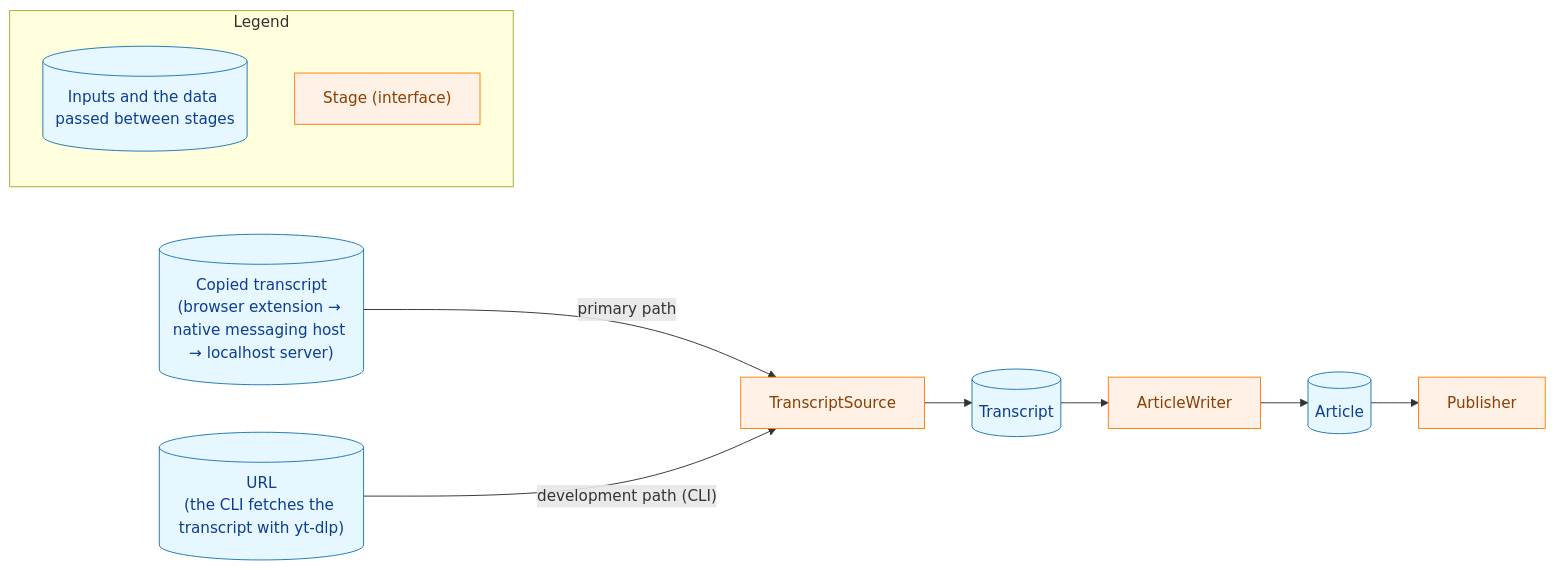
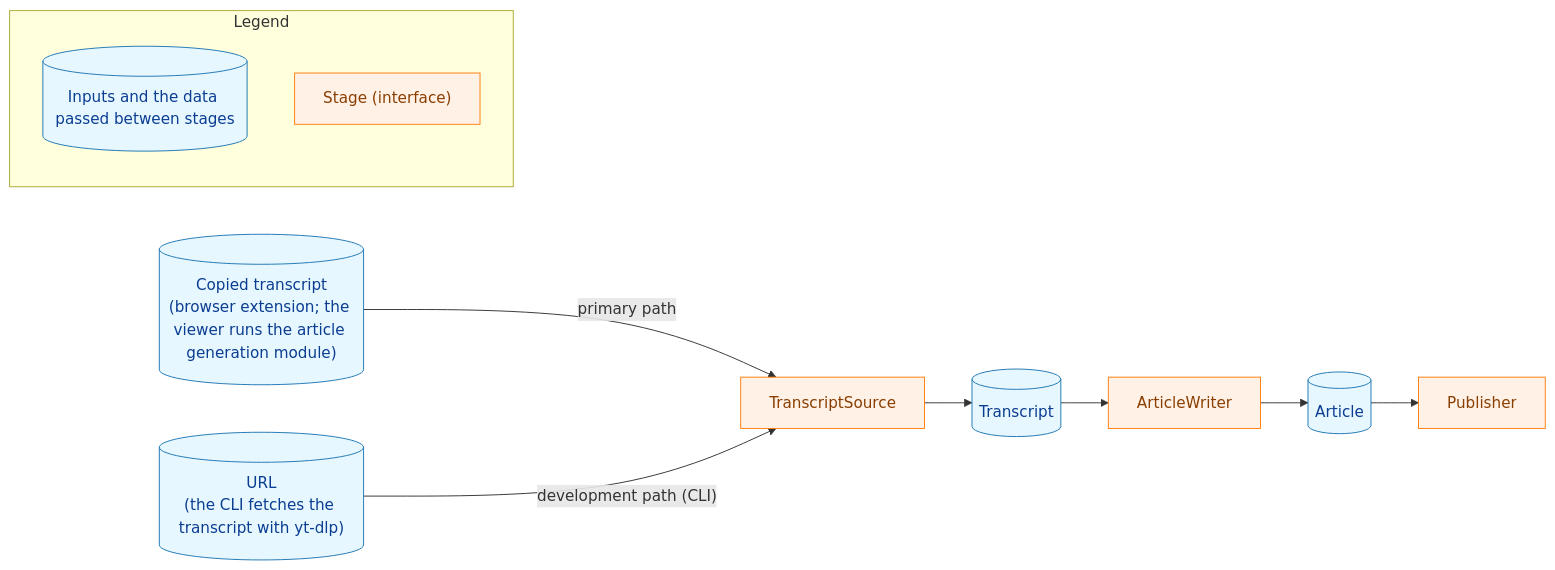
One commit to isseis/yt2column changed the diagram in CLAUDE.md. Above: the diagram before and after it, drawn with Mermaid. The commit also changed other lines of this file and 109 other files, not shown here.

````diff
--- a/CLAUDE.md
+++ b/CLAUDE.md
@@ -283,27 +285,27 @@
 ```mermaid
 flowchart LR
     classDef data fill:#e6f7ff,stroke:#1f77b4,stroke-width:1px,color:#0b3d91;
     classDef process fill:#fff1e6,stroke:#ff7f0e,stroke-width:1px,color:#8a3e00;
 
-    COPIED[("Copied transcript<br>(browser extension → native messaging host → localhost server)")]
+    COPIED[("Copied transcript<br>(browser extension; the viewer runs the article generation module)")]
     YTDLP[("URL<br>(the CLI fetches the transcript with yt-dlp)")]
     SRC["TranscriptSource"]
     TR[("Transcript")]
     WRITER["ArticleWriter"]
     ART[("Article")]
     PUB["Publisher"]
 
     COPIED -->|"primary path"| SRC
     YTDLP -->|"development path (CLI)"| SRC
     SRC --> TR --> WRITER --> ART --> PUB
 
     class COPIED,YTDLP,TR,ART data
     class SRC,WRITER,PUB process
 
     subgraph Legend["Legend"]
         L1[("Inputs and the data passed between stages")]
         L2["Stage (interface)"]
     end
     class L1 data
     class L2 process
 ```
````
